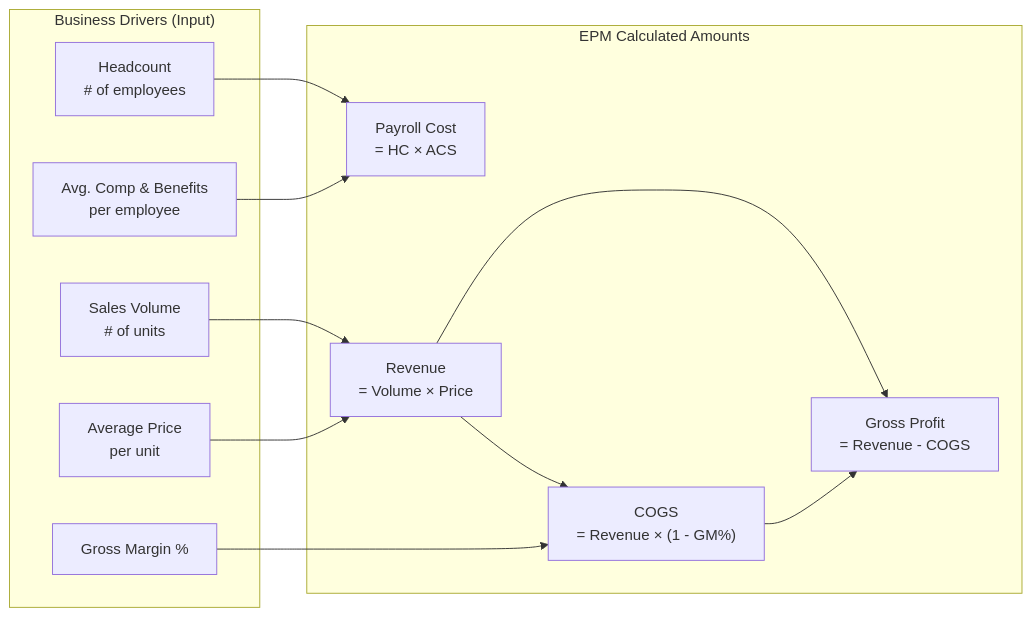
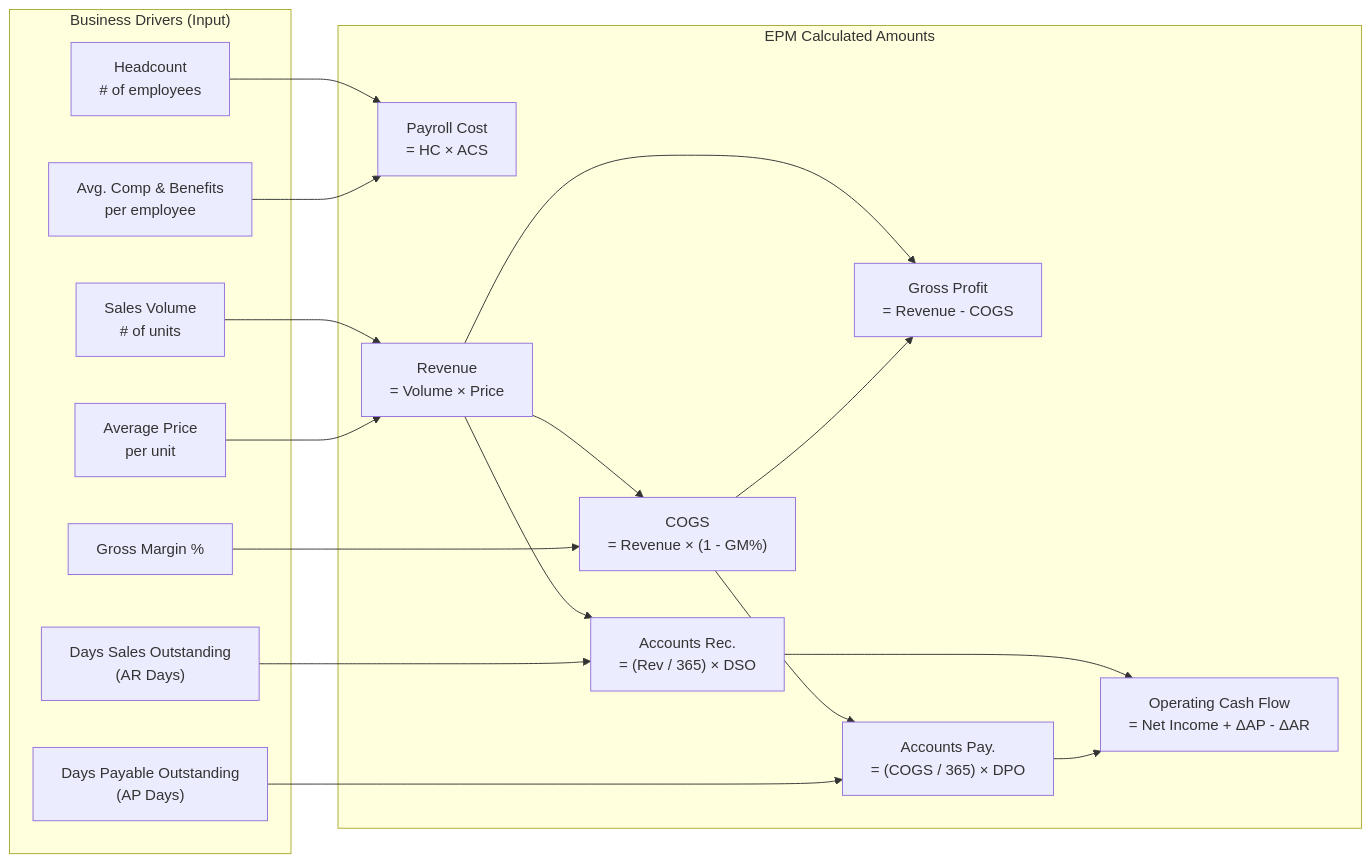
The second of 5 diagrams in finance_accounting/epm_solution_design.md (toanbui626391/data_architect), drawn with Mermaid before and after one commit. The commit also changed other lines of this file and 1 other file, not shown here.

````diff
--- a/finance_accounting/epm_solution_design.md
+++ b/finance_accounting/epm_solution_design.md
@@ -181,26 +183,37 @@
 ```mermaid
 flowchart LR
     subgraph Drivers ["Business Drivers (Input)"]
         HC["Headcount\n# of employees"]
         ACS["Avg. Comp & Benefits\nper employee"]
         VOL["Sales Volume\n# of units"]
         PRC["Average Price\nper unit"]
         GM["Gross Margin %"]
+        DSO["Days Sales Outstanding\n(AR Days)"]
+        DPO["Days Payable Outstanding\n(AP Days)"]
     end
 
     subgraph Calc ["EPM Calculated Amounts"]
         PAY["Payroll Cost\n= HC × ACS"]
         REV["Revenue\n= Volume × Price"]
         COGS["COGS\n= Revenue × (1 - GM%)"]
         GP["Gross Profit\n= Revenue - COGS"]
+        AR["Accounts Rec.\n= (Rev / 365) × DSO"]
+        AP["Accounts Pay.\n= (COGS / 365) × DPO"]
+        CF["Operating Cash Flow\n= Net Income + ΔAP - ΔAR"]
     end
 
     HC --> PAY
     ACS --> PAY
     VOL --> REV
     PRC --> REV
     REV --> COGS
     GM --> COGS
     REV --> GP
     COGS --> GP
+    REV --> AR
+    DSO --> AR
+    COGS --> AP
+    DPO --> AP
+    AR --> CF
+    AP --> CF
 ```
````
